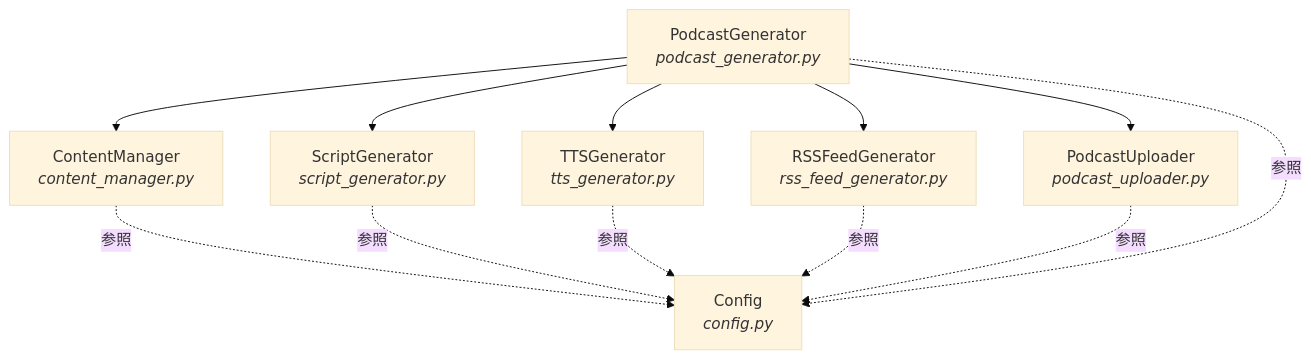
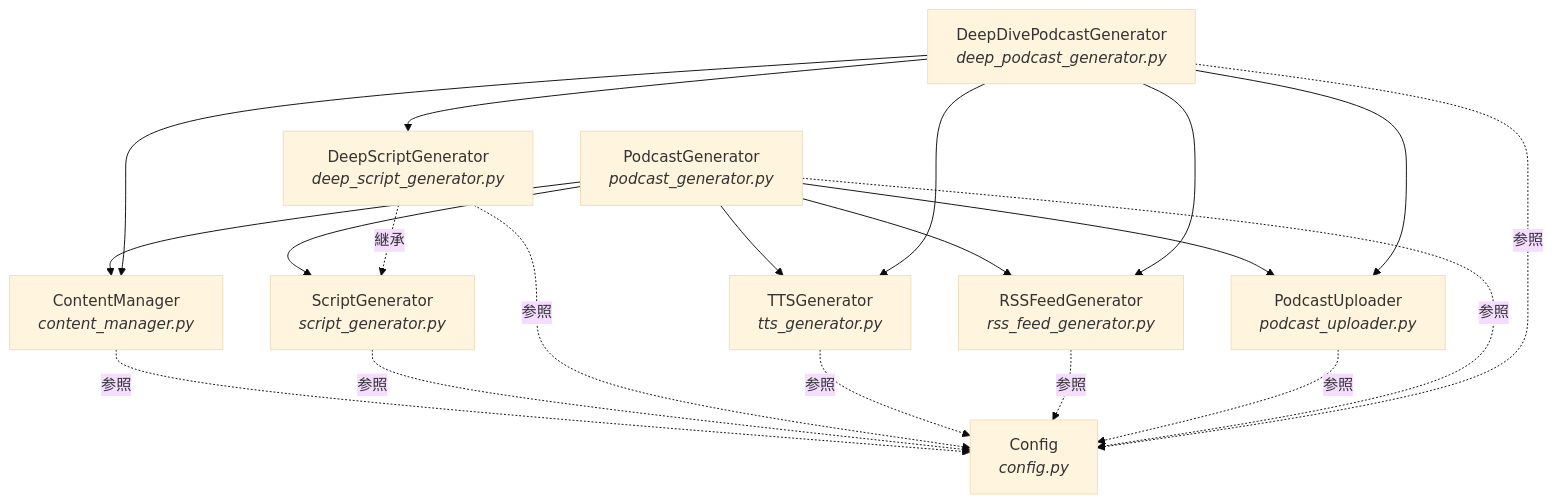
The second of 4 diagrams in docs/HLD.md (necoha/auto-podcast), drawn with Mermaid (base theme) before and after one commit. The commit also changed other lines of this file and 4 other files, not shown here.

````diff
--- a/docs/HLD.md
+++ b/docs/HLD.md
@@ -64,23 +83,35 @@
 ```mermaid
 graph TD
     PG["PodcastGenerator<br/><i>podcast_generator.py</i>"]
+    DPG["DeepDivePodcastGenerator<br/><i>deep_podcast_generator.py</i>"]
     CM["ContentManager<br/><i>content_manager.py</i>"]
     SG["ScriptGenerator<br/><i>script_generator.py</i>"]
+    DSG["DeepScriptGenerator<br/><i>deep_script_generator.py</i>"]
     TTS["TTSGenerator<br/><i>tts_generator.py</i>"]
     RGEN["RSSFeedGenerator<br/><i>rss_feed_generator.py</i>"]
     UP["PodcastUploader<br/><i>podcast_uploader.py</i>"]
     CFG["Config<br/><i>config.py</i>"]
 
     PG --> CM
     PG --> SG
     PG --> TTS
     PG --> RGEN
     PG --> UP
 
+    DPG --> CM
+    DPG --> DSG
+    DPG --> TTS
+    DPG --> RGEN
+    DPG --> UP
+
+    DSG -.->|継承| SG
+
     CM -.->|参照| CFG
     SG -.->|参照| CFG
+    DSG -.->|参照| CFG
     TTS -.->|参照| CFG
     RGEN -.->|参照| CFG
     UP -.->|参照| CFG
     PG -.->|参照| CFG
+    DPG -.->|参照| CFG
 ```
````
